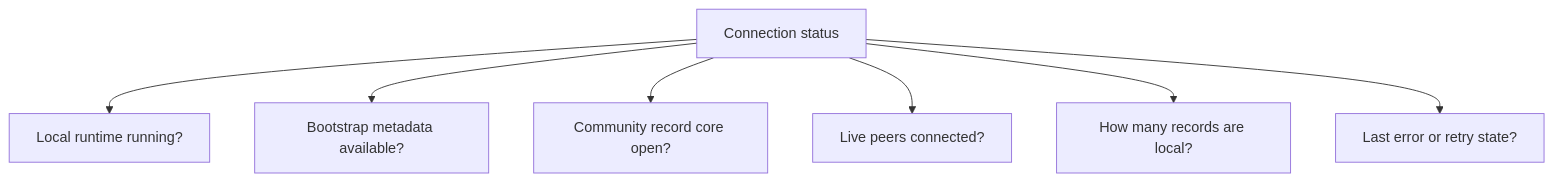
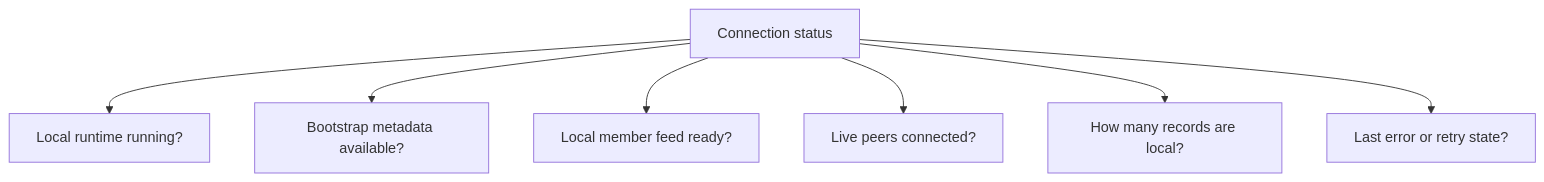
Before and after one commit to matthewlovestocode/peer-hours: the first of 2 diagrams in docs/education/15-connection-status-is-not-a-boolean.md, drawn with Mermaid. The commit also changed other lines of this file and 39 other files, not shown here.

````diff
--- a/docs/education/15-connection-status-is-not-a-boolean.md
+++ b/docs/education/15-connection-status-is-not-a-boolean.md
@@ -19,9 +19,9 @@
 ```mermaid
 flowchart TB
   S["Connection status"] --> L["Local runtime running?"]
   S --> B["Bootstrap metadata available?"]
-  S --> C["Community record core open?"]
+  S --> C["Local member feed ready?"]
   S --> P["Live peers connected?"]
   S --> R["How many records are local?"]
   S --> E["Last error or retry state?"]
 ```
````
